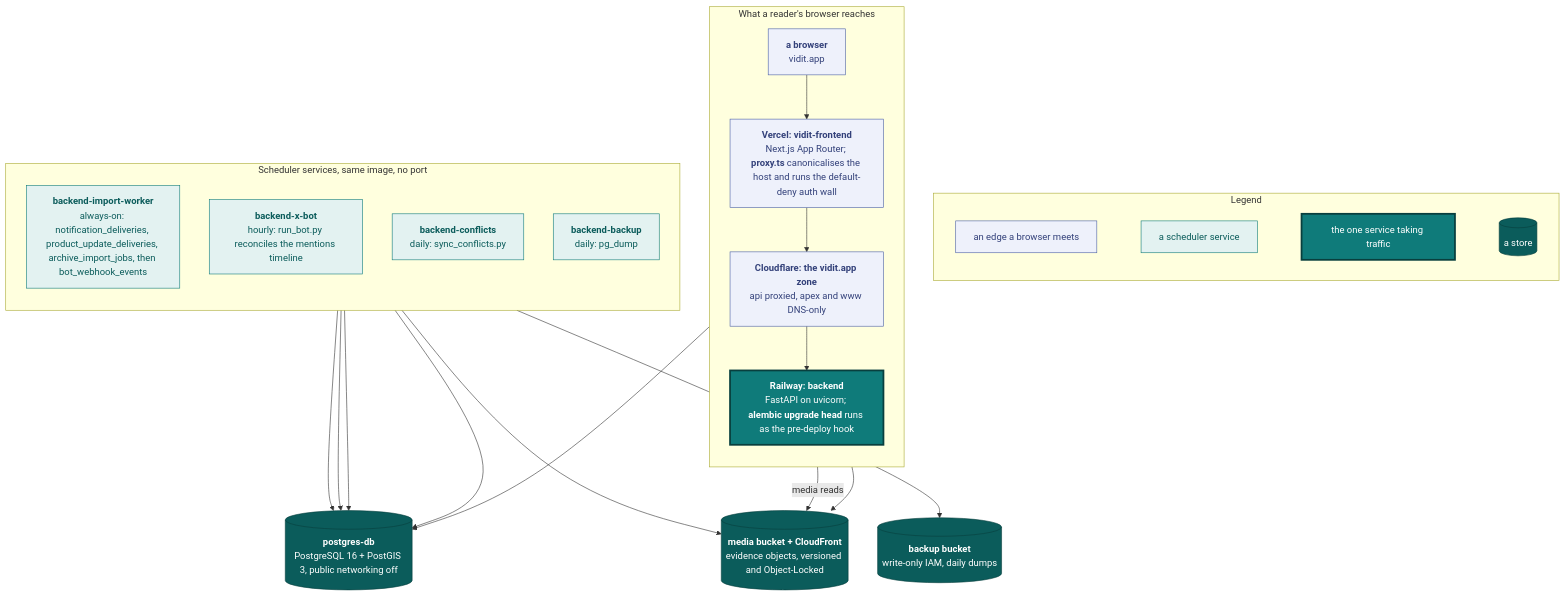
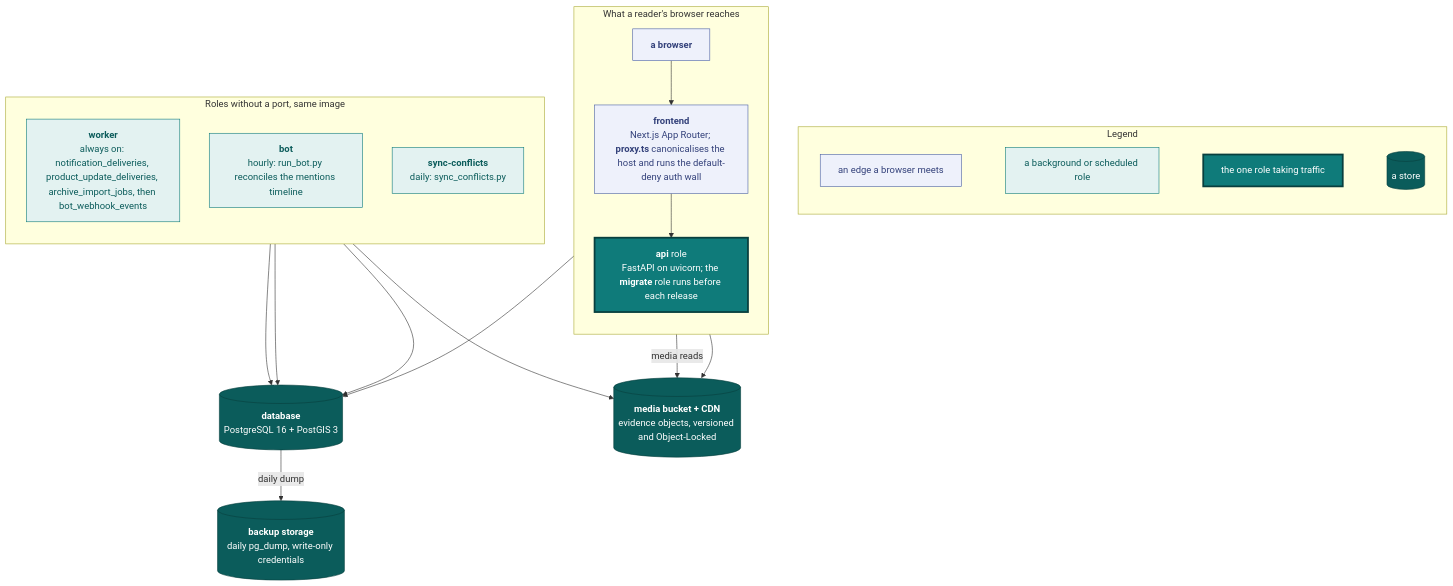
Before and after one commit to vidithq/vidit: the first of 7 diagrams in docs/engineering.md, drawn with Mermaid. The commit also changed other lines of this file and 18 other files, not shown here.

````diff
--- a/docs/engineering.md
+++ b/docs/engineering.md
@@ -5,58 +5,52 @@
 ```mermaid
 flowchart TB
   classDef spec fill:#eef1fb,stroke:#4a5fa5,color:#33417a
   classDef shared fill:#e3f2f1,stroke:#0f7b7a,color:#0b5c5b
   classDef core fill:#0f7b7a,stroke:#083f3e,stroke-width:3px,color:#ffffff
   classDef store fill:#0b5c5b,stroke:#083f3e,color:#ffffff
 
   subgraph legend [Legend]
     direction LR
     l1["`an edge a browser meets`"]:::spec
-    l2["`a scheduler service`"]:::shared
-    l3["`the one service taking traffic`"]:::core
+    l2["`a background or scheduled role`"]:::shared
+    l3["`the one role taking traffic`"]:::core
     l4[("`a store`")]:::store
     l1 ~~~ l2 ~~~ l3 ~~~ l4
   end
 
   subgraph traffic [What a reader's browser reaches]
     direction TB
-    reader["`**a browser**
-    vidit.app`"]:::spec
-    vercel["`**Vercel: vidit-frontend**
+    reader["`**a browser**`"]:::spec
+    front["`**frontend**
     Next.js App Router; **proxy.ts** canonicalises the host and runs the default-deny auth wall`"]:::spec
-    cf["`**Cloudflare: the vidit.app zone**
-    api proxied, apex and www DNS-only`"]:::spec
-    api["`**Railway: backend**
-    FastAPI on uvicorn; **alembic upgrade head** runs as the pre-deploy hook`"]:::core
-    reader --> vercel --> cf --> api
+    api["`**api** role
+    FastAPI on uvicorn; the **migrate** role runs before each release`"]:::core
+    reader --> front --> api
   end
 
-  subgraph sched [Scheduler services, same image, no port]
+  subgraph sched [Roles without a port, same image]
     direction TB
-    worker["`**backend-import-worker**
-    always-on: notification_deliveries, product_update_deliveries, archive_import_jobs, then bot_webhook_events`"]:::shared
-    bot["`**backend-x-bot**
+    worker["`**worker**
+    always on: notification_deliveries, product_update_deliveries, archive_import_jobs, then bot_webhook_events`"]:::shared
+    bot["`**bot**
     hourly: run_bot.py reconciles the mentions timeline`"]:::shared
-    conf["`**backend-conflicts**
+    conf["`**sync-conflicts**
     daily: sync_conflicts.py`"]:::shared
-    backup["`**backend-backup**
-    daily: pg_dump`"]:::shared
   end
 
-  db[("`**postgres-db**
-  PostgreSQL 16 + PostGIS 3, public networking off`")]:::store
-  s3[("`**media bucket + CloudFront**
+  db[("`**database**
+  PostgreSQL 16 + PostGIS 3`")]:::store
+  s3[("`**media bucket + CDN**
   evidence objects, versioned and Object-Locked`")]:::store
-  bak[("`**backup bucket**
-  write-only IAM, daily dumps`")]:::store
+  bak[("`**backup storage**
+  daily pg_dump, write-only credentials`")]:::store
 
   reader -- "media reads" --> s3
   api --> db
   api --> s3
   worker --> db
   bot --> db
   conf --> db
   worker --> s3
-  backup --> db
-  backup --> bak
+  db -- "daily dump" --> bak
 ```
````
